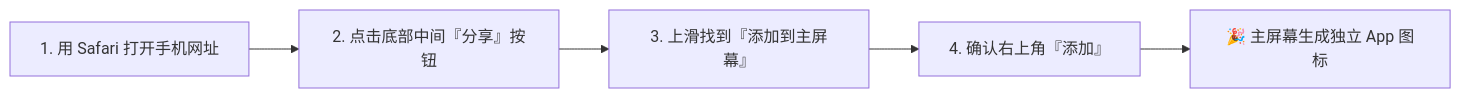
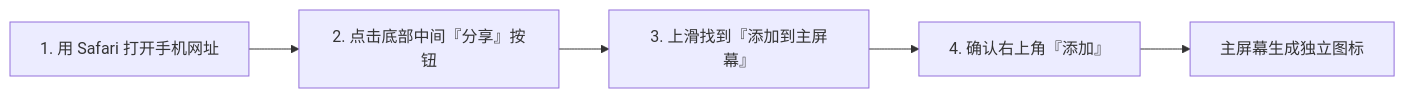
The diagram in README.md (1535273240sch-droid/life-planner), drawn with Mermaid before and after one commit. The commit also changed other lines of this file and 53 other files, not shown here.

````diff
--- a/README.md
+++ b/README.md
@@ -25,7 +34,7 @@
 ```mermaid
 flowchart LR
     A["1. 用 Safari 打开手机网址"] --> B["2. 点击底部中间『分享』按钮"]
     B --> C["3. 上滑找到『添加到主屏幕』"]
     C --> D["4. 确认右上角『添加』"]
-    D --> E["🎉 主屏幕生成独立 App 图标"]
+    D --> E["主屏幕生成独立图标"]
 ```
````
